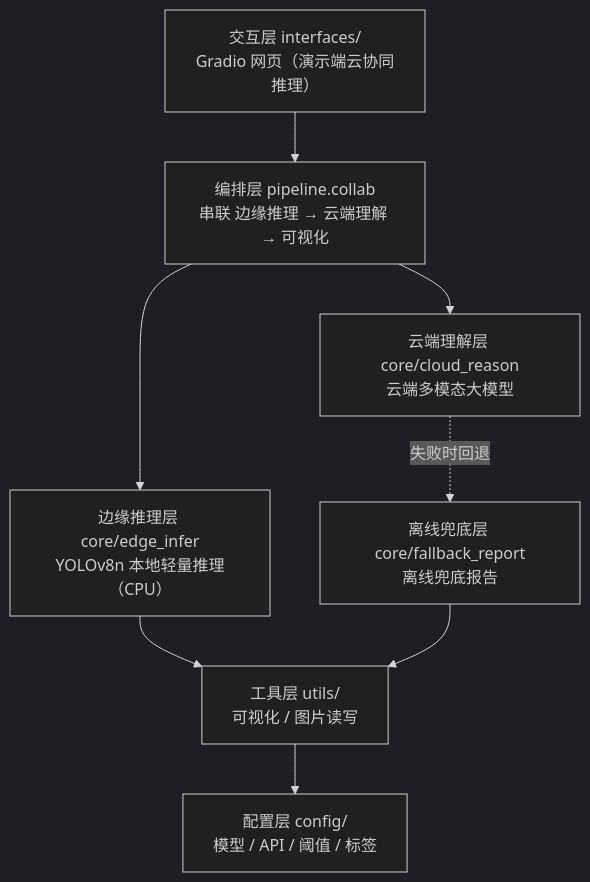
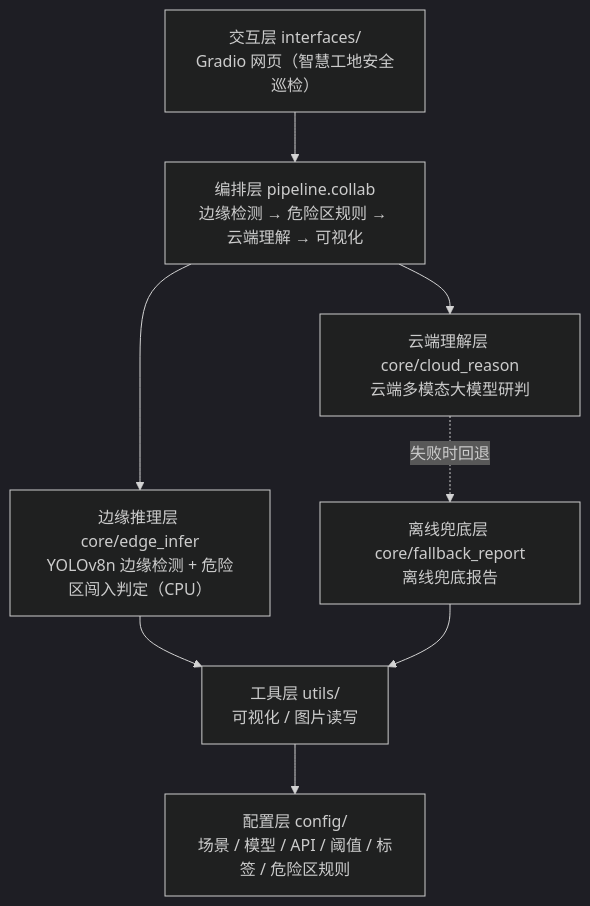
Before and after one commit to wdzhmyl/city-safety-eye: the diagram in README.md, drawn with Mermaid (dark theme). The commit also changed other lines of this file and 11 other files, not shown here.

````diff
--- a/README.md
+++ b/README.md
@@ -15,18 +27,18 @@
 ```mermaid
 flowchart TD
-    UI["交互层 interfaces/<br/>Gradio 网页（演示端云协同推理）"]
-    PIPE["编排层 pipeline.collab<br/>串联 边缘推理 → 云端理解 → 可视化"]
-    DET["边缘推理层 core/edge_infer<br/>YOLOv8n 本地轻量推理（CPU）"]
-    REP["云端理解层 core/cloud_reason<br/>云端多模态大模型"]
+    UI["交互层 interfaces/<br/>Gradio 网页（智慧工地安全巡检）"]
+    PIPE["编排层 pipeline.collab<br/>边缘检测 → 危险区规则 → 云端理解 → 可视化"]
+    DET["边缘推理层 core/edge_infer<br/>YOLOv8n 边缘检测 + 危险区闯入判定（CPU）"]
+    REP["云端理解层 core/cloud_reason<br/>云端多模态大模型研判"]
     TPL["离线兜底层 core/fallback_report<br/>离线兜底报告"]
     UTIL["工具层 utils/<br/>可视化 / 图片读写"]
-    CFG["配置层 config/<br/>模型 / API / 阈值 / 标签"]
+    CFG["配置层 config/<br/>场景 / 模型 / API / 阈值 / 标签 / 危险区规则"]
 
     UI --> PIPE
     PIPE --> DET
     PIPE --> REP
     REP -. 失败时回退 .-> TPL
     DET --> UTIL
     TPL --> UTIL
     UTIL --> CFG
 ```
````
